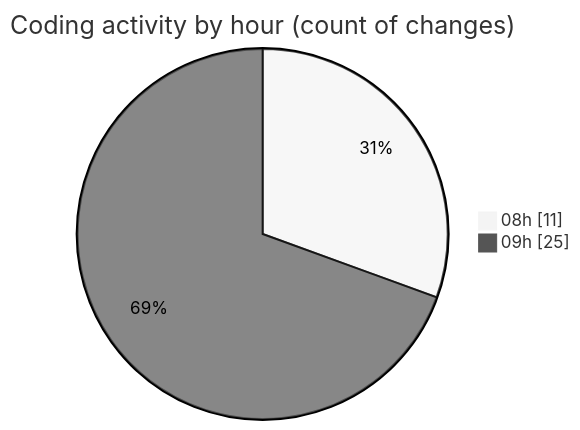
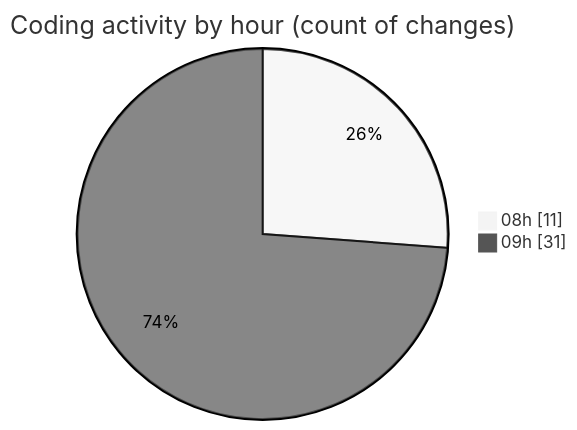
One commit to MatusMokan/code-tracking changed the second of 2 diagrams in 2025-11-15/untitled__workspace_/README.md. Above: the diagram before and after it, drawn with Mermaid (neutral theme). The commit also changed other lines of this file and 1 other file, not shown here.

````diff
--- a/2025-11-15/untitled__workspace_/README.md
+++ b/2025-11-15/untitled__workspace_/README.md
@@ -33,6 +34,6 @@
 ```mermaid
 pie showData
 title Coding activity by hour (count of changes)
 "08h" : 11
-"09h" : 25
+"09h" : 31
 ```
````
